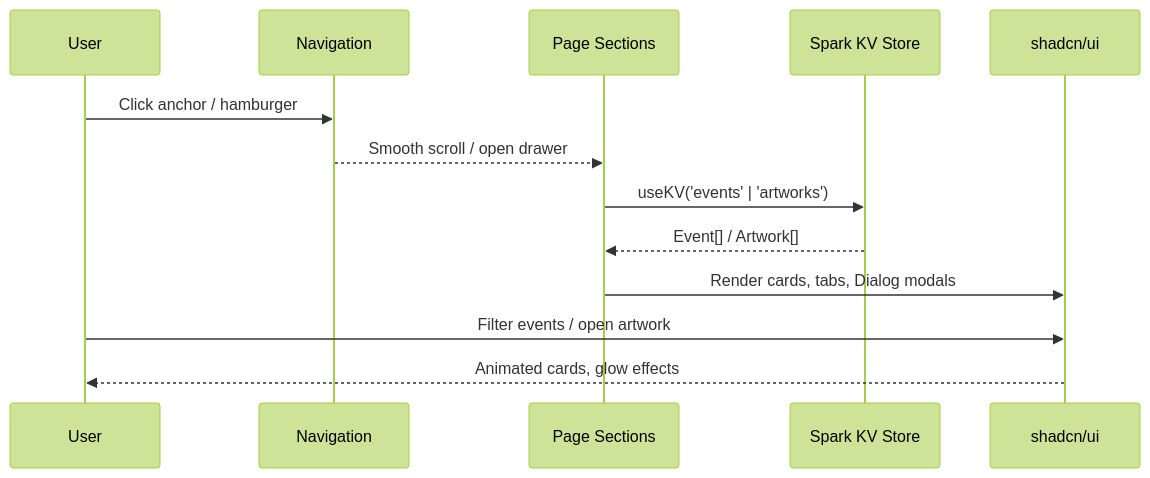
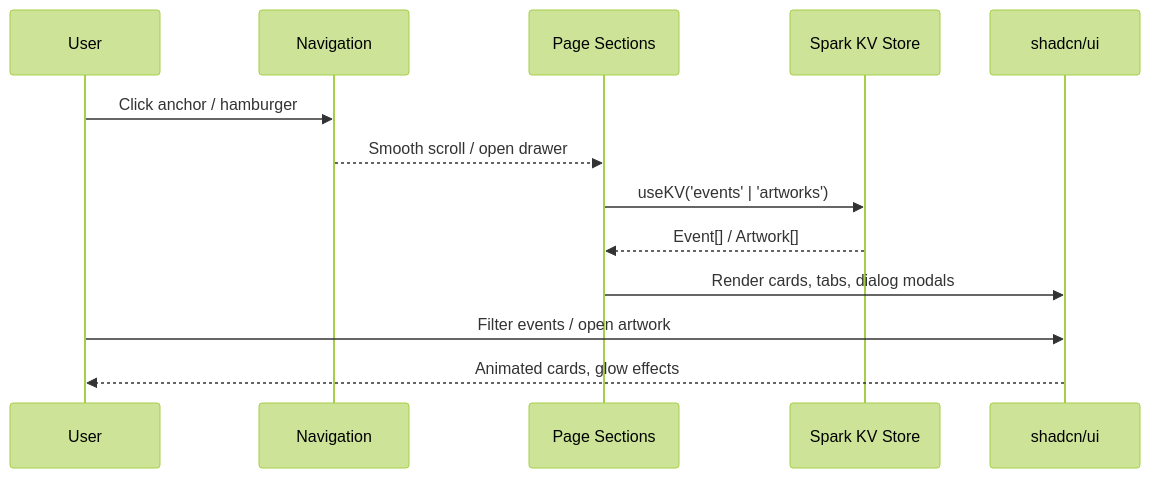
One commit to Tim-Spurlin/the-kraken-lounge changed the second of 8 diagrams in README.md. Above: the diagram before and after it, drawn with Mermaid (forest theme). The commit also changed other lines of this file, not shown here.

Commit message:
Standardize dialog casing

````diff
--- a/README.md
+++ b/README.md
@@ -107,16 +107,16 @@
 ```mermaid
 sequenceDiagram
     participant User
     participant Nav as Navigation
     participant Sections as Page Sections
     participant KV as Spark KV Store
     participant UI as shadcn/ui
 
     User->>Nav: Click anchor / hamburger
     Nav-->>Sections: Smooth scroll / open drawer
     Sections->>KV: useKV('events' | 'artworks')
     KV-->>Sections: Event[] / Artwork[]
-    Sections->>UI: Render cards, tabs, Dialog modals
+    Sections->>UI: Render cards, tabs, dialog modals
     User->>UI: Filter events / open artwork
     UI-->>User: Animated cards, glow effects
 ```
````
